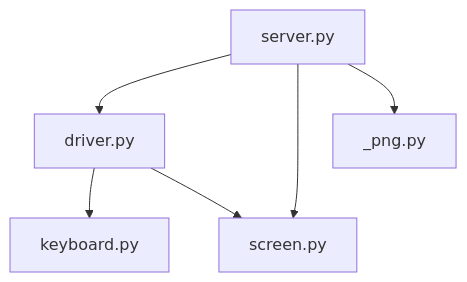
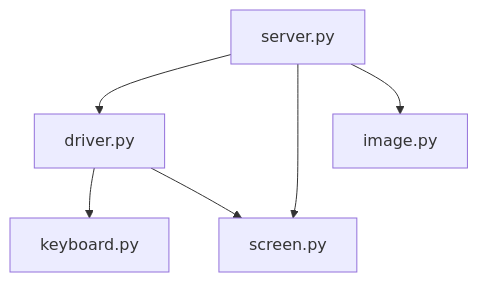
Before and after one commit to acscpt/beebjit-mcp: the third of 3 diagrams in docs/architecture.md, drawn with Mermaid. The commit also changed other lines of this file and 6 other files, not shown here.

````diff
--- a/docs/architecture.md
+++ b/docs/architecture.md
@@ -138,8 +138,8 @@
 ```mermaid
 flowchart TD
     S[server.py] --> D[driver.py]
     S --> SC[screen.py]
-    S --> P[_png.py]
+    S --> P[image.py]
     D --> K[keyboard.py]
     D --> SC
 ```
````
